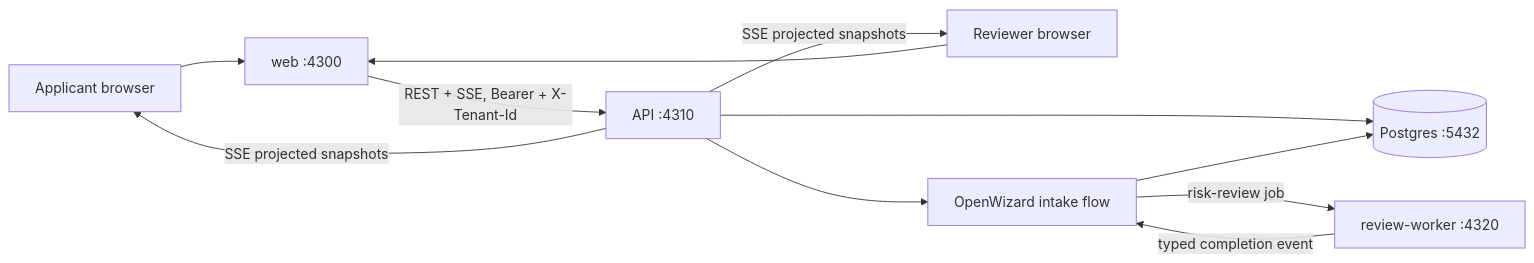
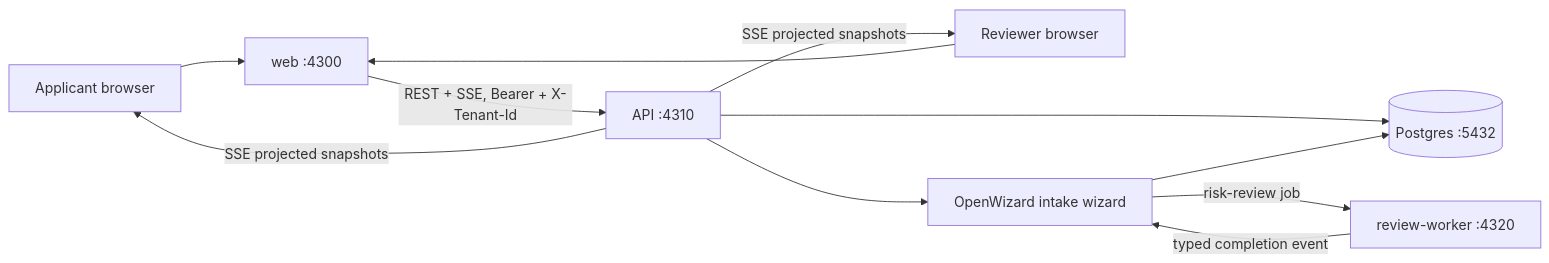
One commit to abcdmku/wizard changed the diagram in systems/01-intake/README.md. Above: the diagram before and after it, drawn with Mermaid. The commit also changed other lines of this file and 20 other files, not shown here.

First line of the commit message:
systems/01-intake: use the wizard vocabulary and pass step data with needs

````diff
--- a/systems/01-intake/README.md
+++ b/systems/01-intake/README.md
@@ -67,13 +67,13 @@
 ```mermaid
 flowchart LR
   A[Applicant browser] --> WEB[web :4300]
   R[Reviewer browser] --> WEB
   WEB -->|REST + SSE, Bearer + X-Tenant-Id| API[API :4310]
-  API --> WF[OpenWizard intake flow]
+  API --> WF[OpenWizard intake wizard]
   API --> DB[(Postgres :5432)]
   WF --> DB
   WF -->|risk-review job| W[review-worker :4320]
   W -->|typed completion event| WF
   API -->|SSE projected snapshots| A
   API -->|SSE projected snapshots| R
 ```
````
